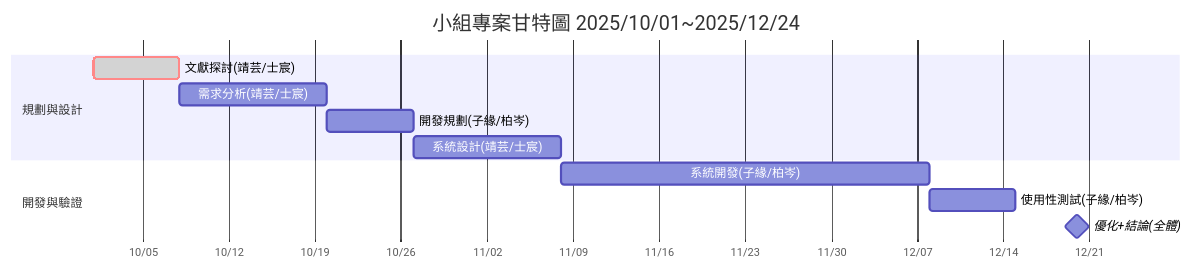
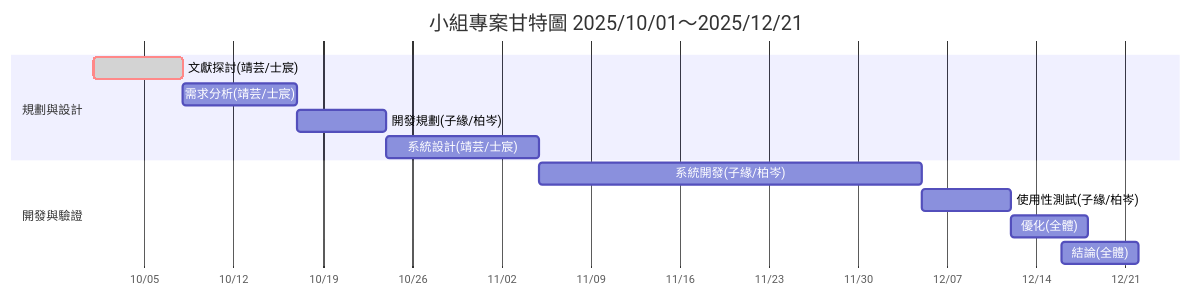
One commit to c112118138-dev/grouphw2 changed the second of 2 diagrams in README.md. Above: the diagram before and after it, drawn with Mermaid. The commit also changed other lines of this file, not shown here.

````diff
--- a/README.md
+++ b/README.md
@@ -54,19 +53,18 @@
 ```mermaid
 gantt
-    dateFormat  YYYY-MM-DD
-    axisFormat  %m/%d
-    title 小組專案甘特圖 2025/10/01~2025/12/24
+dateFormat YYYY-MM-DD
+axisFormat %m/%d
+title 小組專案甘特圖 2025/10/01～2025/12/21
+section 規劃與設計
+文獻探討(靖芸/士宸)      :crit, done, 2025-10-01, 7d
+需求分析(靖芸/士宸)      :2025-10-08, 9d
+開發規劃(子緣/柏岑)       :2025-10-17, 7d
+系統設計(靖芸/士宸)      :2025-10-24, 12d
 
-    section 規劃與設計
-    文獻探討(靖芸/士宸)       :crit, done, 2025-10-01, 7d
-    需求分析(靖芸/士宸)       : 2025-10-08, 12d
-    開發規劃(子緣/柏岑)        :2025-10-20, 7d
-    系統設計(靖芸/士宸)       :2025-10-27, 12d
-
-    section 開發與驗證
-    系統開發(子緣/柏岑)        :2025-11-08, 30d
-    使用性測試(子緣/柏岑)      :2025-12-08, 7d
-    優化+結論(全體)            :milestone, 2025-12-15, 10d
-
+section 開發與驗證
+系統開發(子緣/柏岑)       :2025-11-05, 30d
+使用性測試(子緣/柏岑)     :2025-12-05, 7d
+優化(全體)                :2025-12-12, 6d
+結論(全體)                :2025-12-16, 6d
 
 ```
````
